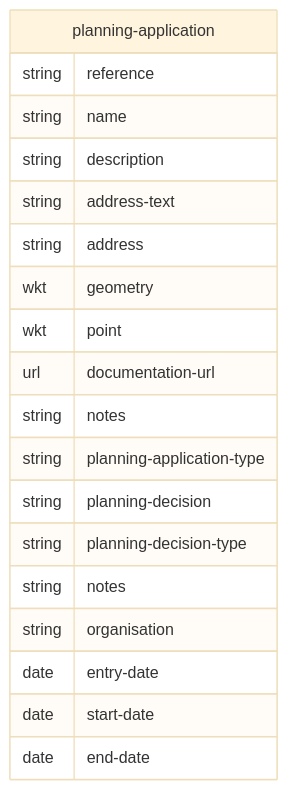
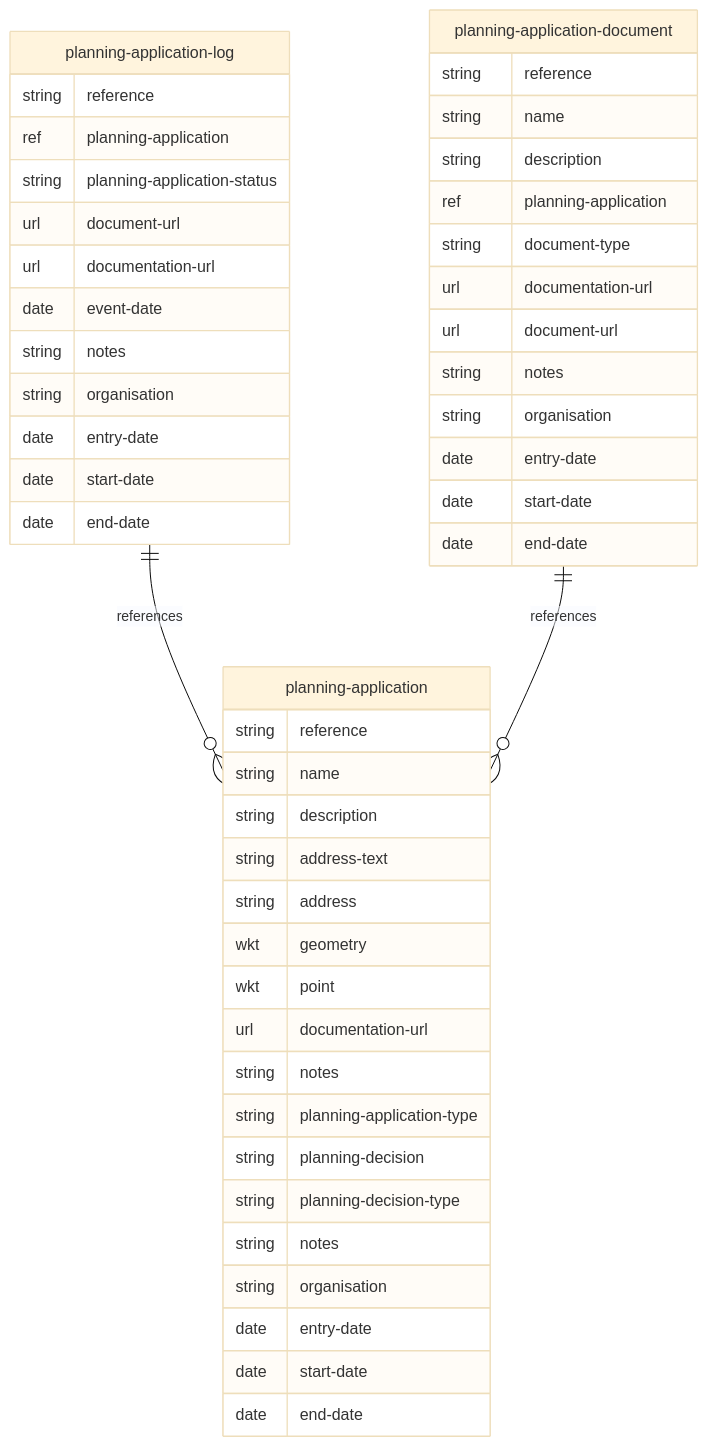
One commit to digital-land/specification changed the diagram in mermaid/planning-application.md. Above: the diagram before and after it, drawn with Mermaid (base theme). The commit also changed 37 other files, not shown here.

````diff
--- a/mermaid/planning-application.md
+++ b/mermaid/planning-application.md
@@ -4,22 +4,51 @@
 ```mermaid
 erDiagram
     planning-application {
         string reference
         string name
         string description
         string address-text
         string address
         wkt geometry
         wkt point
         url documentation-url
         string notes
         string planning-application-type
         string planning-decision
         string planning-decision-type
         string notes
         string organisation
         date entry-date
         date start-date
         date end-date
     }
+    planning-application-log {
+        string reference
+        ref planning-application
+        string planning-application-status
+        url document-url
+        url documentation-url
+        date event-date
+        string notes
+        string organisation
+        date entry-date
+        date start-date
+        date end-date
+    }
+    planning-application-document {
+        string reference
+        string name
+        string description
+        ref planning-application
+        string document-type
+        url documentation-url
+        url document-url
+        string notes
+        string organisation
+        date entry-date
+        date start-date
+        date end-date
+    }
+    planning-application-log ||--o{ planning-application : references
+    planning-application-document ||--o{ planning-application : references
 ```
````
